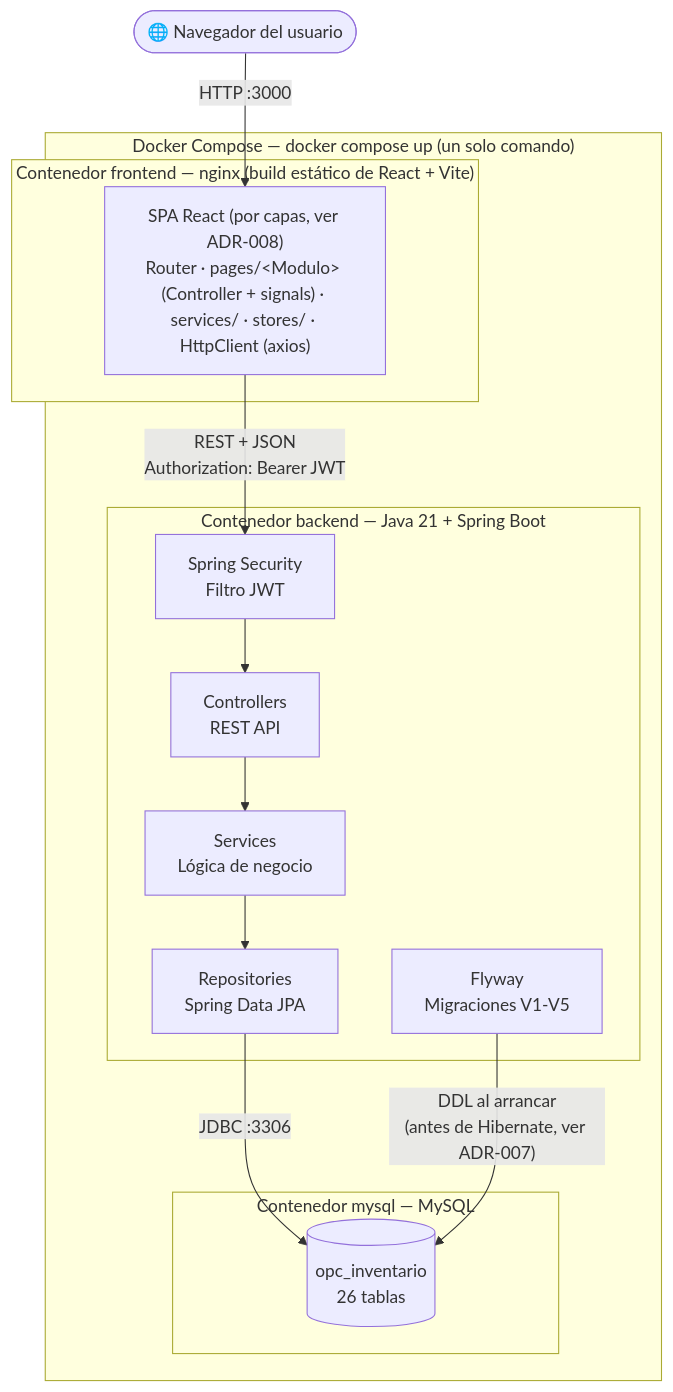
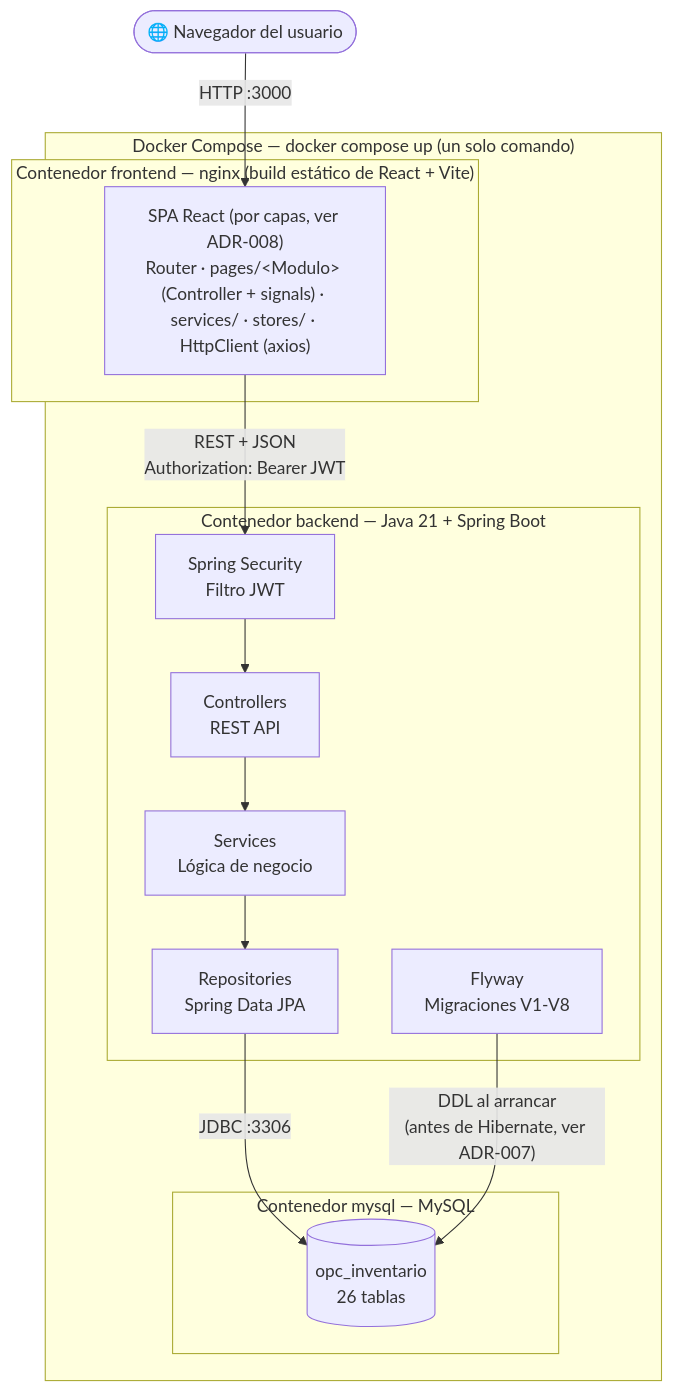
Before and after one commit to MarlonHolguin-gif/-OPC-inventory-management-system: the second of 4 diagrams in requirements/Diagramas_Ingenieria.md, drawn with Mermaid. The commit also changed 3 other files, not shown here.

First line of the commit message:
docs: sincronizar README, DER, evidencia de IA y diagramas

````diff
--- a/requirements/Diagramas_Ingenieria.md
+++ b/requirements/Diagramas_Ingenieria.md
@@ -104,29 +104,29 @@
 ```mermaid
 flowchart TB
     Browser(["🌐 Navegador del usuario"])
 
     subgraph DockerCompose["Docker Compose — docker compose up (un solo comando)"]
         subgraph FrontendContainer["Contenedor frontend — nginx (build estático de React + Vite)"]
             SPA["SPA React (por capas, ver ADR-008)<br/>Router · pages/&lt;Modulo&gt; (Controller + signals) · services/ · stores/ · HttpClient (axios)"]
         end
 
         subgraph BackendContainer["Contenedor backend — Java 21 + Spring Boot"]
             Security["Spring Security<br/>Filtro JWT"]
             Controllers["Controllers<br/>REST API"]
             Services["Services<br/>Lógica de negocio"]
             Repositories["Repositories<br/>Spring Data JPA"]
-            Flyway["Flyway<br/>Migraciones V1-V5"]
+            Flyway["Flyway<br/>Migraciones V1-V8"]
 
             Security --> Controllers --> Services --> Repositories
         end
 
         subgraph MySQLContainer["Contenedor mysql — MySQL"]
             DB[("opc_inventario<br/>26 tablas")]
         end
     end
 
     Browser -->|"HTTP :3000"| SPA
     SPA -->|"REST + JSON<br/>Authorization: Bearer JWT"| Security
     Repositories -->|"JDBC :3306"| DB
     Flyway -->|"DDL al arrancar<br/>(antes de Hibernate, ver ADR-007)"| DB
 ```
````
